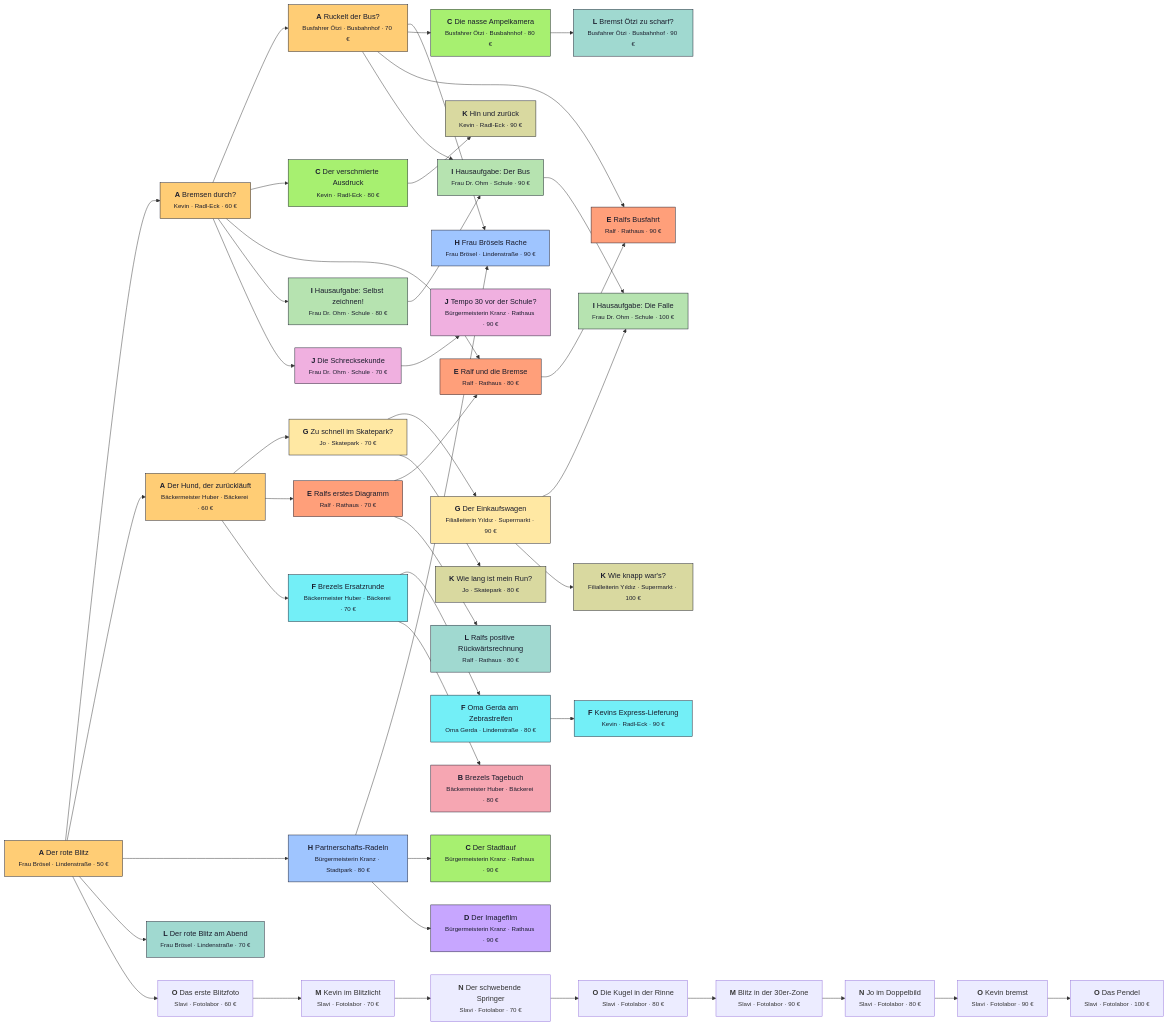
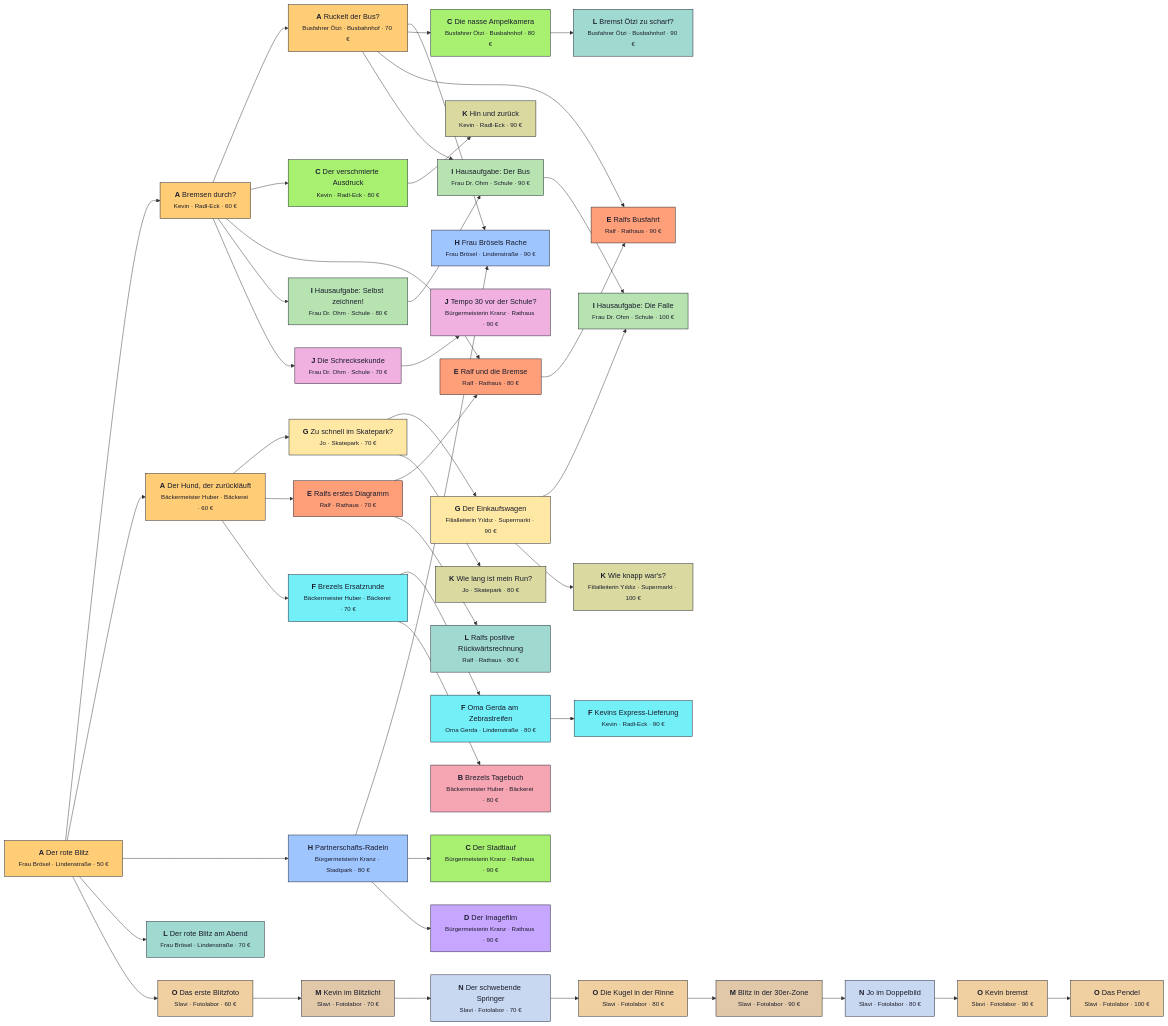
Before and after one commit to MJMssnr/amt-fuer-bewegung: the diagram in docs/QUESTPLAN.md, drawn with Mermaid. The commit also changed 3 other files, not shown here.

````diff
--- a/docs/QUESTPLAN.md
+++ b/docs/QUESTPLAN.md
@@ -101,4 +101,7 @@
   classDef tJ fill:#f0b0e0,stroke:#1a1c2c,color:#1a1c2c
   classDef tK fill:#d9d9a0,stroke:#1a1c2c,color:#1a1c2c
   classDef tL fill:#a0d9d0,stroke:#1a1c2c,color:#1a1c2c
+  classDef tM fill:#e0c8a8,stroke:#1a1c2c,color:#1a1c2c
+  classDef tN fill:#c8d8f0,stroke:#1a1c2c,color:#1a1c2c
+  classDef tO fill:#f0d0a0,stroke:#1a1c2c,color:#1a1c2c
 ```
````
